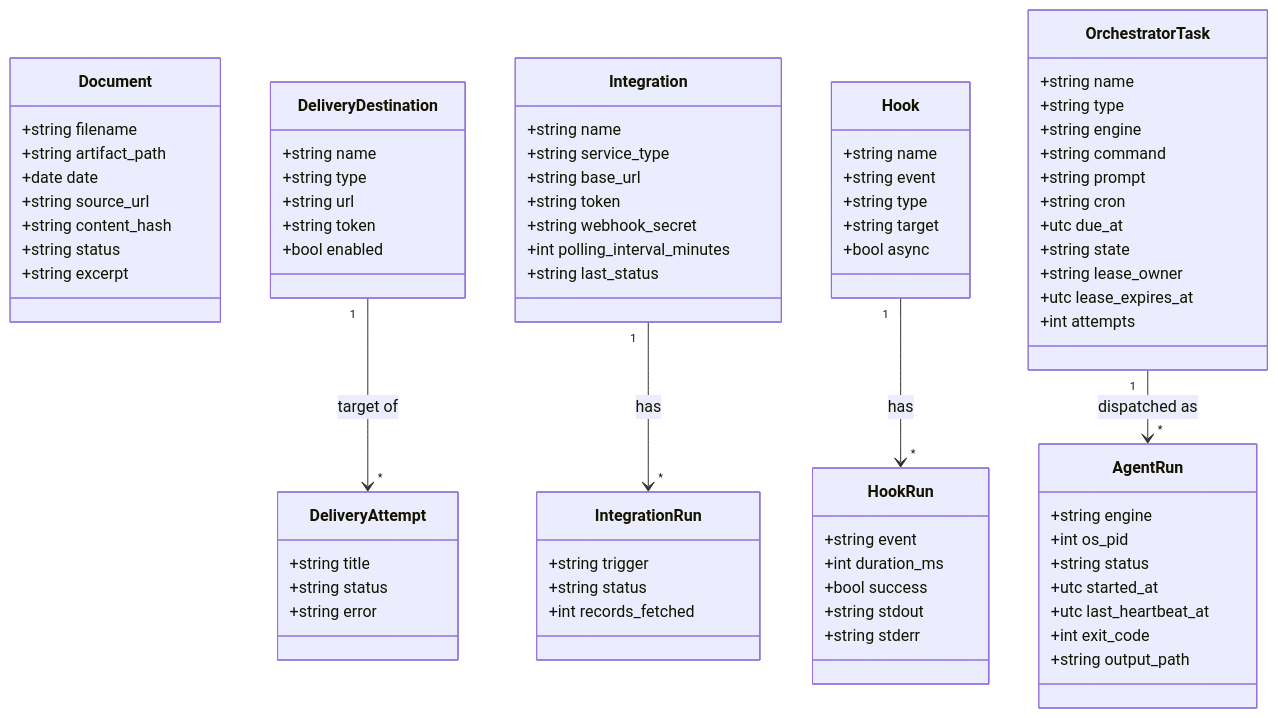
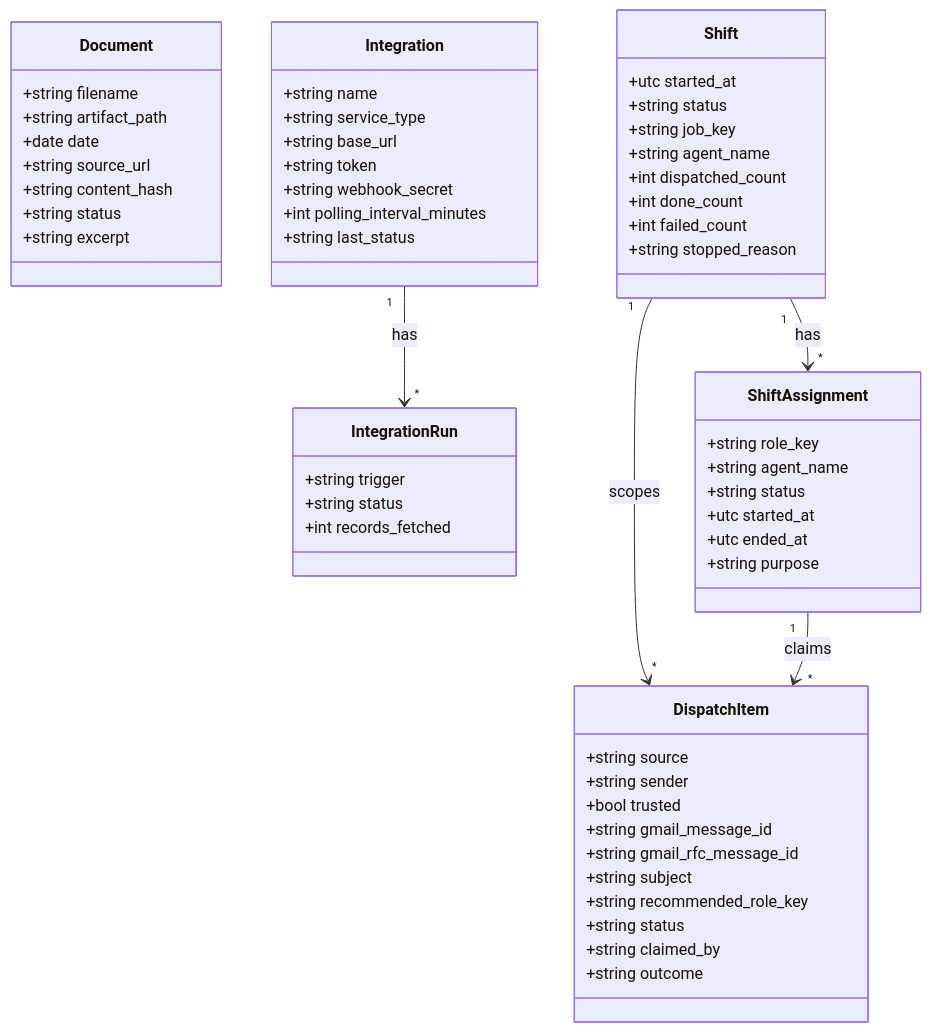
Before and after one commit to hightowerbuilds/buster-claw: the third of 8 diagrams in docs/UML.md, drawn with Mermaid. The commit also changed other lines of this file and 82 other files, not shown here.

````diff
--- a/docs/UML.md
+++ b/docs/UML.md
@@ -114,79 +106,61 @@
 ```mermaid
 classDiagram
     class Document {
         +string filename
         +string artifact_path
         +date date
         +string source_url
         +string content_hash
         +string status
         +string excerpt
-    }
-    class DeliveryDestination {
-        +string name
-        +string type
-        +string url
-        +string token
-        +bool enabled
-    }
-    class DeliveryAttempt {
-        +string title
-        +string status
-        +string error
     }
     class Integration {
         +string name
         +string service_type
         +string base_url
         +string token
         +string webhook_secret
         +int polling_interval_minutes
         +string last_status
     }
     class IntegrationRun {
         +string trigger
         +string status
         +int records_fetched
     }
-    class Hook {
-        +string name
-        +string event
-        +string type
-        +string target
-        +bool async
+    class Shift {
+        +utc started_at
+        +string status
+        +string job_key
+        +string agent_name
+        +int dispatched_count
+        +int done_count
+        +int failed_count
+        +string stopped_reason
     }
-    class HookRun {
-        +string event
-        +int duration_ms
-        +bool success
-        +string stdout
-        +string stderr
-    }
-    class OrchestratorTask {
-        +string name
-        +string type
-        +string engine
-        +string command
-        +string prompt
-        +string cron
-        +utc due_at
-        +string state
-        +string lease_owner
-        +utc lease_expires_at
-        +int attempts
-    }
-    class AgentRun {
-        +string engine
-        +int os_pid
+    class ShiftAssignment {
+        +string role_key
+        +string agent_name
         +string status
         +utc started_at
-        +utc last_heartbeat_at
-        +int exit_code
-        +string output_path
+        +utc ended_at
+        +string purpose
+    }
+    class DispatchItem {
+        +string source
+        +string sender
+        +bool trusted
+        +string gmail_message_id
+        +string gmail_rfc_message_id
+        +string subject
+        +string recommended_role_key
+        +string status
+        +string claimed_by
+        +string outcome
     }
 
-    DeliveryDestination "1" --> "*" DeliveryAttempt : target of
     Integration "1" --> "*" IntegrationRun : has
-    Hook "1" --> "*" HookRun : has
-    OrchestratorTask "1" --> "*" AgentRun : dispatched as
+    Shift "1" --> "*" ShiftAssignment : has
+    Shift "1" --> "*" DispatchItem : scopes
+    ShiftAssignment "1" --> "*" DispatchItem : claims
 ```
````
